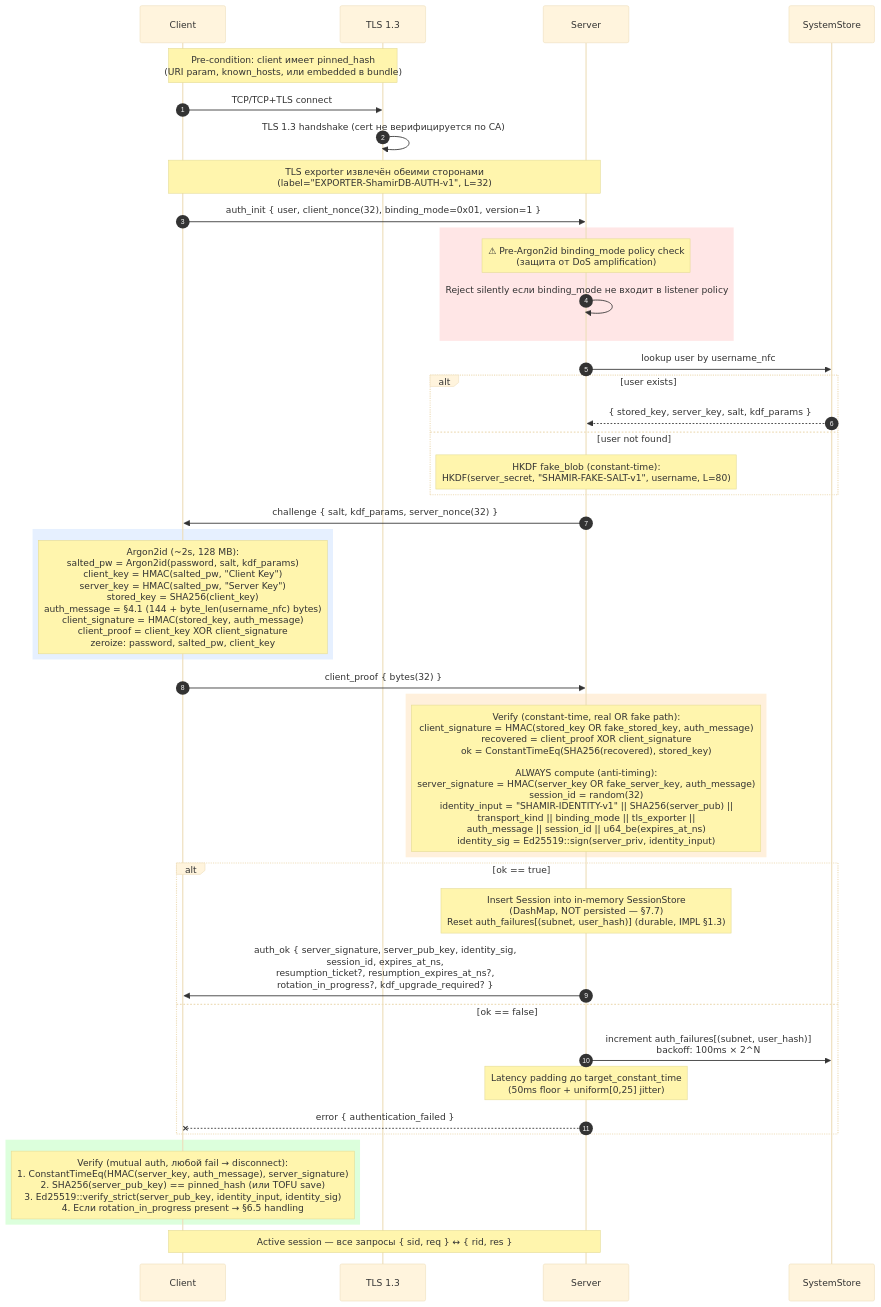
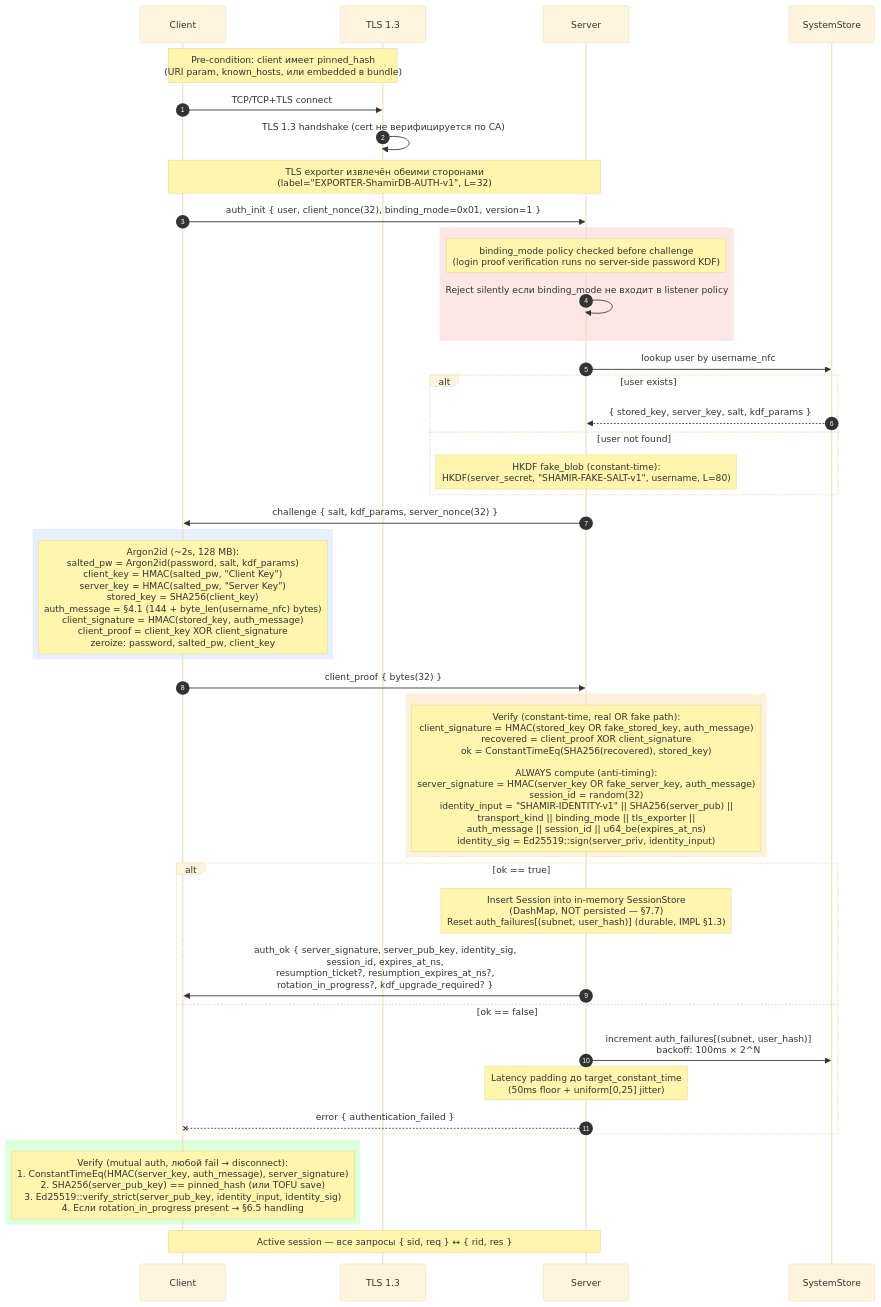
Before and after one commit to PHPCraftdream/shamir-db: the diagram in docs/guide-docs/client-server-protocol-spec/diagrams/01-initial-auth.md, drawn with Mermaid (base theme). The commit also changed other lines of this file and 22 other files, not shown here.

````diff
--- a/docs/guide-docs/client-server-protocol-spec/diagrams/01-initial-auth.md
+++ b/docs/guide-docs/client-server-protocol-spec/diagrams/01-initial-auth.md
@@ -5,55 +5,55 @@
 ```mermaid
 sequenceDiagram
     autonumber
     participant C as Client
     participant T as TLS 1.3
     participant S as Server
     participant DB as SystemStore
 
     Note over C,T: Pre-condition: client имеет pinned_hash<br/>(URI param, known_hosts, или embedded в bundle)
 
     C->>T: TCP/TCP+TLS connect
     T->>T: TLS 1.3 handshake (cert не верифицируется по CA)
     Note over C,S: TLS exporter извлечён обеими сторонами<br/>(label="EXPORTER-ShamirDB-AUTH-v1", L=32)
 
     C->>S: auth_init { user, client_nonce(32), binding_mode=0x01, version=1 }
 
     rect rgb(255, 230, 230)
-    Note over S: ⚠ Pre-Argon2id binding_mode policy check<br/>(защита от DoS amplification)
+    Note over S: binding_mode policy checked before challenge<br/>(login proof verification runs no server-side password KDF)
     S->>S: Reject silently если binding_mode не входит в listener policy
     end
 
     S->>DB: lookup user by username_nfc
     alt user exists
         DB-->>S: { stored_key, server_key, salt, kdf_params }
     else user not found
         Note over S: HKDF fake_blob (constant-time):<br/>HKDF(server_secret, "SHAMIR-FAKE-SALT-v1", username, L=80)
     end
 
     S->>C: challenge { salt, kdf_params, server_nonce(32) }
 
     rect rgb(230, 240, 255)
     Note over C: Argon2id (~2s, 128 MB):<br/>salted_pw = Argon2id(password, salt, kdf_params)<br/>client_key = HMAC(salted_pw, "Client Key")<br/>server_key = HMAC(salted_pw, "Server Key")<br/>stored_key = SHA256(client_key)<br/>auth_message = §4.1 (144 + byte_len(username_nfc) bytes)<br/>client_signature = HMAC(stored_key, auth_message)<br/>client_proof = client_key XOR client_signature<br/>zeroize: password, salted_pw, client_key
     end
 
     C->>S: client_proof { bytes(32) }
 
     rect rgb(255, 240, 220)
     Note over S: Verify (constant-time, real OR fake path):<br/>client_signature = HMAC(stored_key OR fake_stored_key, auth_message)<br/>recovered = client_proof XOR client_signature<br/>ok = ConstantTimeEq(SHA256(recovered), stored_key)<br/><br/>ALWAYS compute (anti-timing):<br/>server_signature = HMAC(server_key OR fake_server_key, auth_message)<br/>session_id = random(32)<br/>identity_input = "SHAMIR-IDENTITY-v1" || SHA256(server_pub) ||<br/>                 transport_kind || binding_mode || tls_exporter ||<br/>                 auth_message || session_id || u64_be(expires_at_ns)<br/>identity_sig = Ed25519::sign(server_priv, identity_input)
     end
 
     alt ok == true
         Note over S: Insert Session into in-memory SessionStore<br/>(DashMap, NOT persisted — §7.7)<br/>Reset auth_failures[(subnet, user_hash)] (durable, IMPL §1.3)
         S->>C: auth_ok { server_signature, server_pub_key, identity_sig,<br/>session_id, expires_at_ns,<br/>resumption_ticket?, resumption_expires_at_ns?,<br/>rotation_in_progress?, kdf_upgrade_required? }
     else ok == false
         S->>DB: increment auth_failures[(subnet, user_hash)]<br/>backoff: 100ms × 2^N
         Note over S: Latency padding до target_constant_time<br/>(50ms floor + uniform[0,25] jitter)
         S--xC: error { authentication_failed }
     end
 
     rect rgb(220, 255, 220)
     Note over C: Verify (mutual auth, любой fail → disconnect):<br/>1. ConstantTimeEq(HMAC(server_key, auth_message), server_signature)<br/>2. SHA256(server_pub_key) == pinned_hash (или TOFU save)<br/>3. Ed25519::verify_strict(server_pub_key, identity_input, identity_sig)<br/>4. Если rotation_in_progress present → §6.5 handling
     end
 
     Note over C,S: Active session — все запросы { sid, req } ↔ { rid, res }
 ```
````
